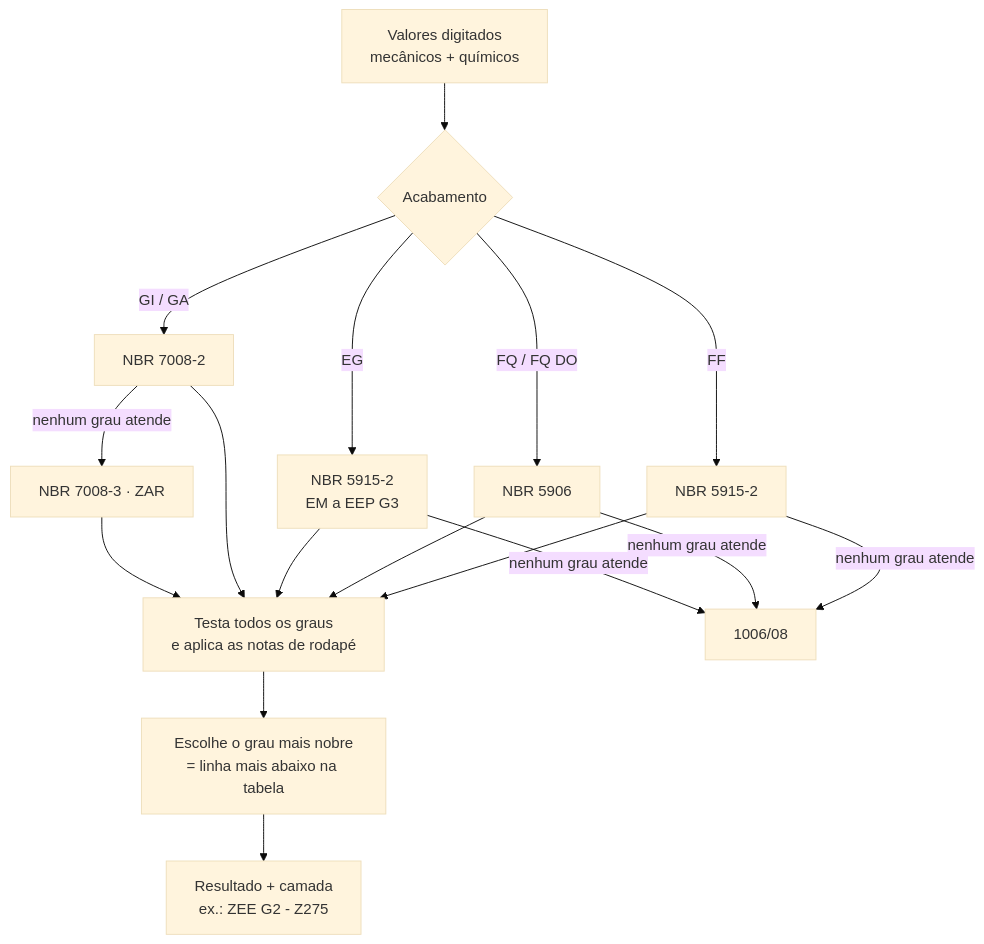
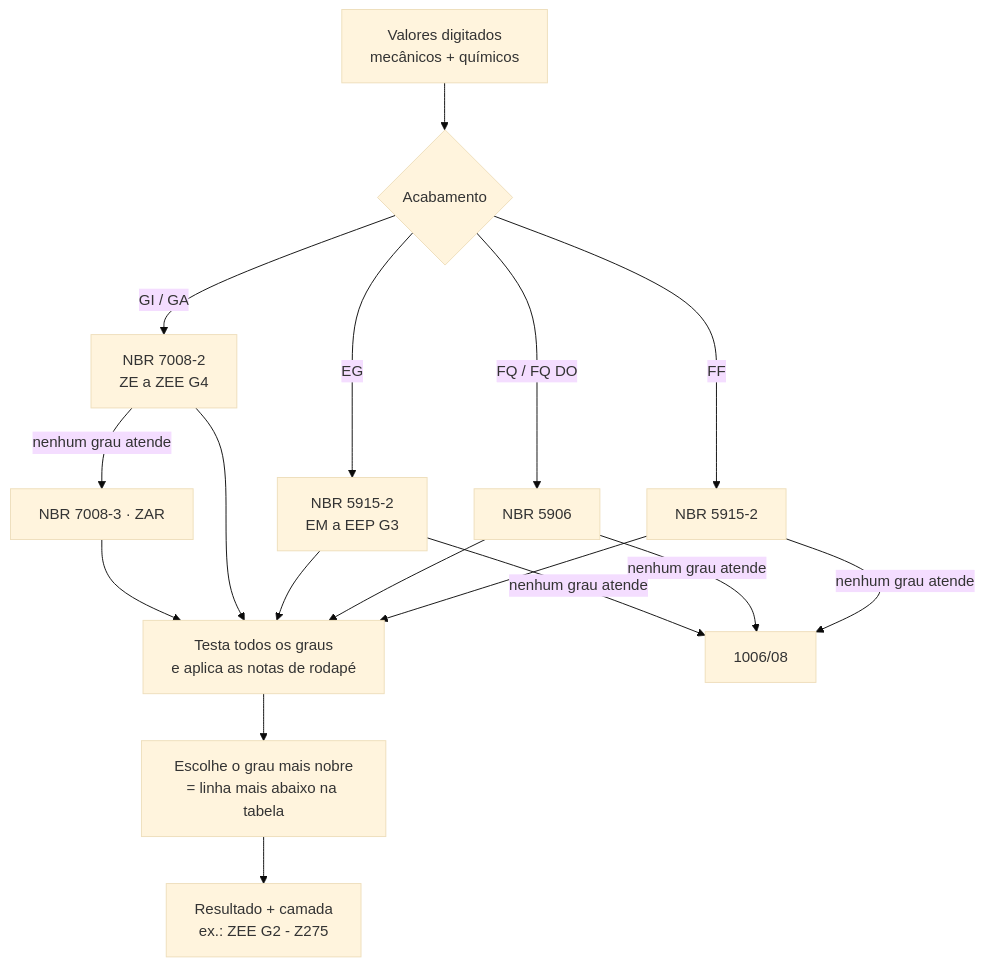
One commit to jcesarmph-ui/SistemaDeClassificacao changed the first of 3 diagrams in README.md. Above: the diagram before and after it, drawn with Mermaid (base theme). The commit also changed other lines of this file and 2 other files, not shown here.

````diff
--- a/README.md
+++ b/README.md
@@ -89,13 +89,13 @@
 ```mermaid
 flowchart TD
     A[Valores digitados<br/>mecânicos + químicos] --> B{Acabamento}
     B -->|FF| C[NBR 5915-2]
     B -->|FQ / FQ DO| D[NBR 5906]
     B -->|EG| E[NBR 5915-2<br/>EM a EEP G3]
-    B -->|GI / GA| F[NBR 7008-2]
+    B -->|GI / GA| F[NBR 7008-2<br/>ZE a ZEE G4]
     F -->|nenhum grau atende| G[NBR 7008-3 · ZAR]
     C & D & E & F & G --> H[Testa todos os graus<br/>e aplica as notas de rodapé]
     H --> I[Escolhe o grau mais nobre<br/>= linha mais abaixo na tabela]
     I --> J[Resultado + camada<br/>ex.: ZEE G2 - Z275]
     C & D & E -->|nenhum grau atende| K[1006/08]
 ```
````
